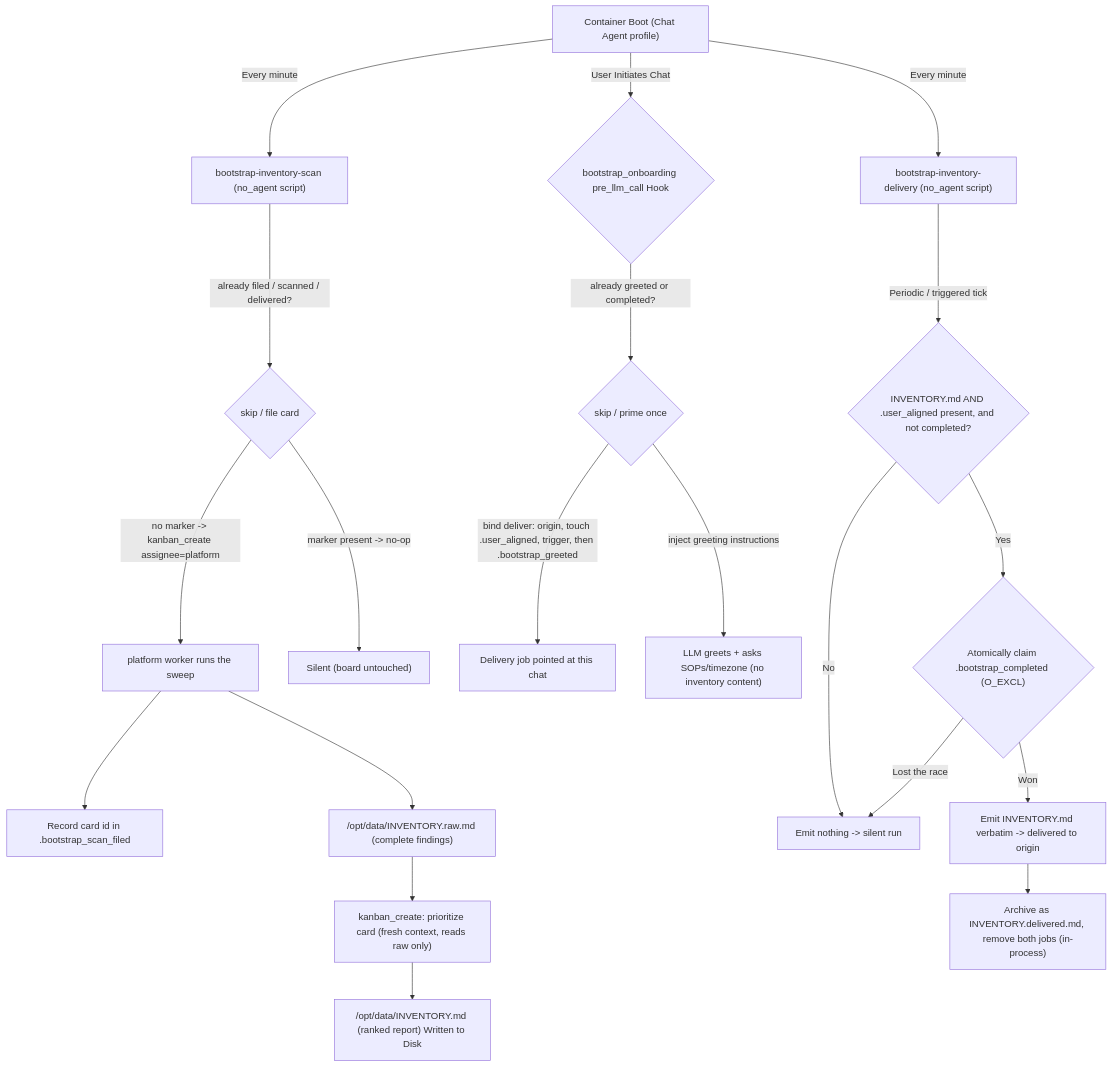
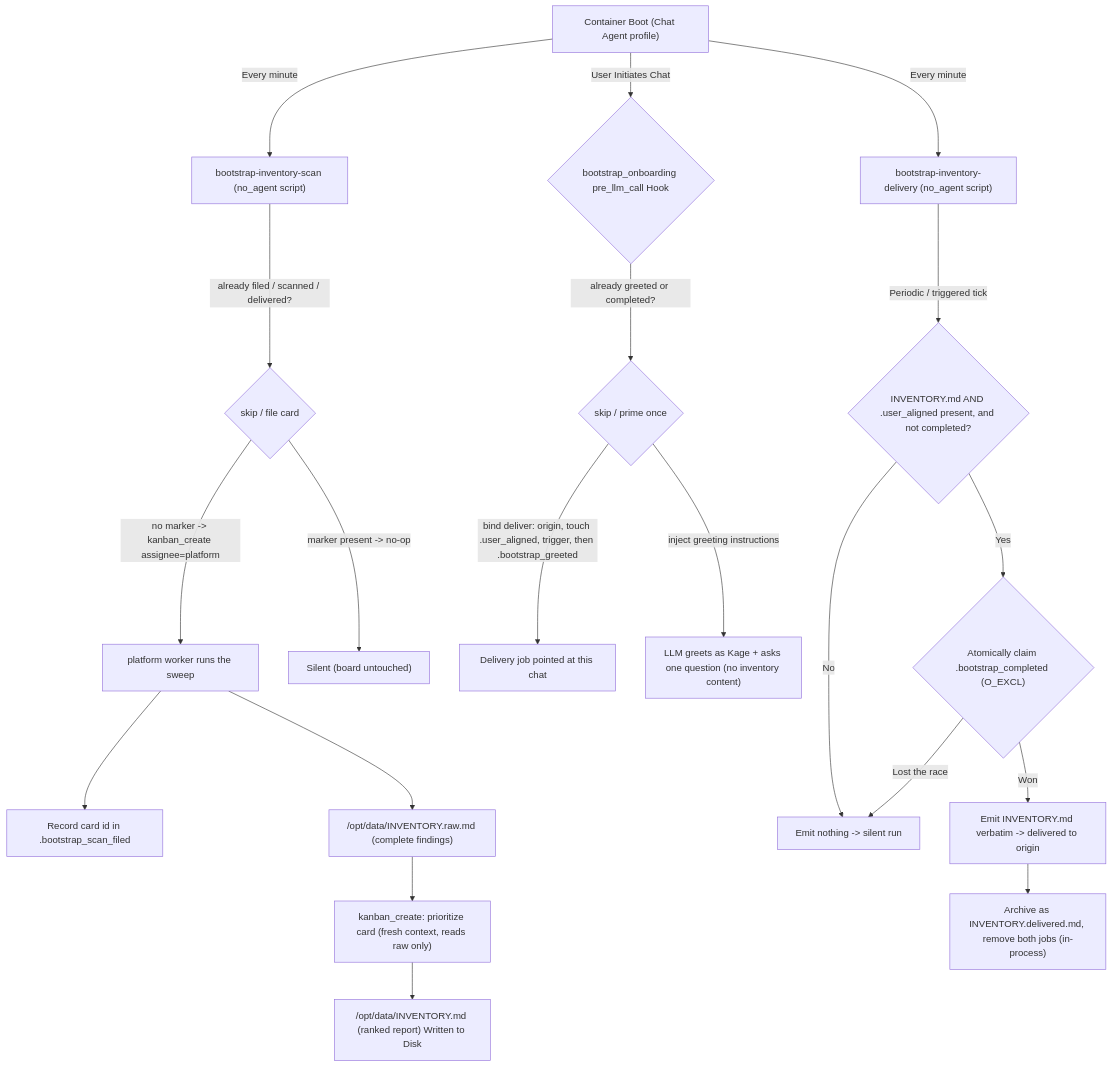
The first of 3 diagrams in agents/chat/defaults/plugins/bootstrap_onboarding/README.md (gke-labs/kube-agents), drawn with Mermaid before and after one commit. The commit also changed other lines of this file and 4 other files, not shown here.

First line of the commit message:
feat(onboarding): greet first-install users as Kage in one short message

````diff
--- a/agents/chat/defaults/plugins/bootstrap_onboarding/README.md
+++ b/agents/chat/defaults/plugins/bootstrap_onboarding/README.md
@@ -49,25 +49,25 @@
 ```mermaid
 graph TD
     A["Container Boot (Chat Agent profile)"] -->|Every minute| B["bootstrap-inventory-scan (no_agent script)"]
     A -->|Every minute| C["bootstrap-inventory-delivery (no_agent script)"]
     A -->|User Initiates Chat| D{"bootstrap_onboarding pre_llm_call Hook"}
 
     B -->|already filed / scanned / delivered?| B2{"skip / file card"}
     B2 -->|no marker -> kanban_create assignee=platform| P["platform worker runs the sweep"]
     P --> PM["Record card id in .bootstrap_scan_filed"]
     P --> R["/opt/data/INVENTORY.raw.md (complete findings)"]
     R --> Q["kanban_create: prioritize card (fresh context, reads raw only)"]
     Q --> E["/opt/data/INVENTORY.md (ranked report) Written to Disk"]
     B2 -->|marker present -> no-op| F["Silent (board untouched)"]
 
     D -->|already greeted or completed?| DG{"skip / prime once"}
     DG -->|bind deliver: origin, touch .user_aligned, trigger, then .bootstrap_greeted| G["Delivery job pointed at this chat"]
-    DG -->|inject greeting instructions| H["LLM greets + asks SOPs/timezone (no inventory content)"]
+    DG -->|inject greeting instructions| H["LLM greets as Kage + asks one question (no inventory content)"]
 
     C -->|Periodic / triggered tick| I{"INVENTORY.md AND .user_aligned present, and not completed?"}
     I -->|No| J["Emit nothing -> silent run"]
     I -->|Yes| CL{"Atomically claim .bootstrap_completed (O_EXCL)"}
     CL -->|Lost the race| J
     CL -->|Won| K["Emit INVENTORY.md verbatim -> delivered to origin"]
     K --> L["Archive as INVENTORY.delivered.md, remove both jobs (in-process)"]
 ```
````
